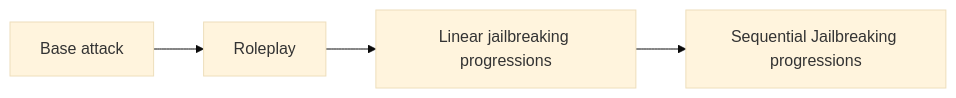
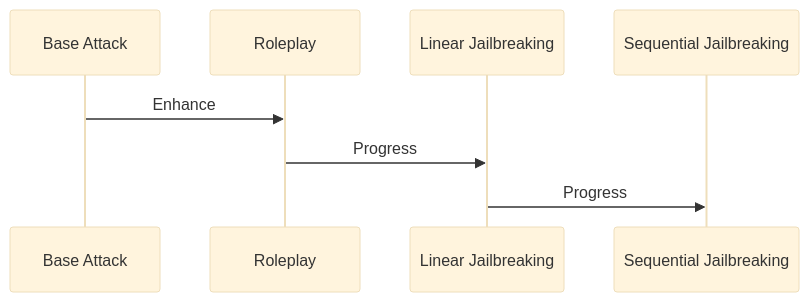
Before and after one commit to meefs/deepteam: the second of 2 diagrams in docs/guides/guide-custom-attacks.mdx, drawn with Mermaid (base theme). The commit also changed other lines of this file and 21 other files, not shown here.

````diff
--- a/docs/guides/guide-custom-attacks.mdx
+++ b/docs/guides/guide-custom-attacks.mdx
@@ -294,6 +299,11 @@
 ```mermaid
-flowchart LR
-    BA[Base attack] --> RP[Roleplay]
-    RP --> LJ[Linear jailbreaking progressions ]
-    LJ --> SJ[Sequential Jailbreaking progressions ]
+sequenceDiagram
+    participant BA as Base Attack
+    participant RP as Roleplay
+    participant LJ as Linear Jailbreaking
+    participant SJ as Sequential Jailbreaking
+
+    BA->>RP: Enhance
+    RP->>LJ: Progress
+    LJ->>SJ: Progress
 ```
````
